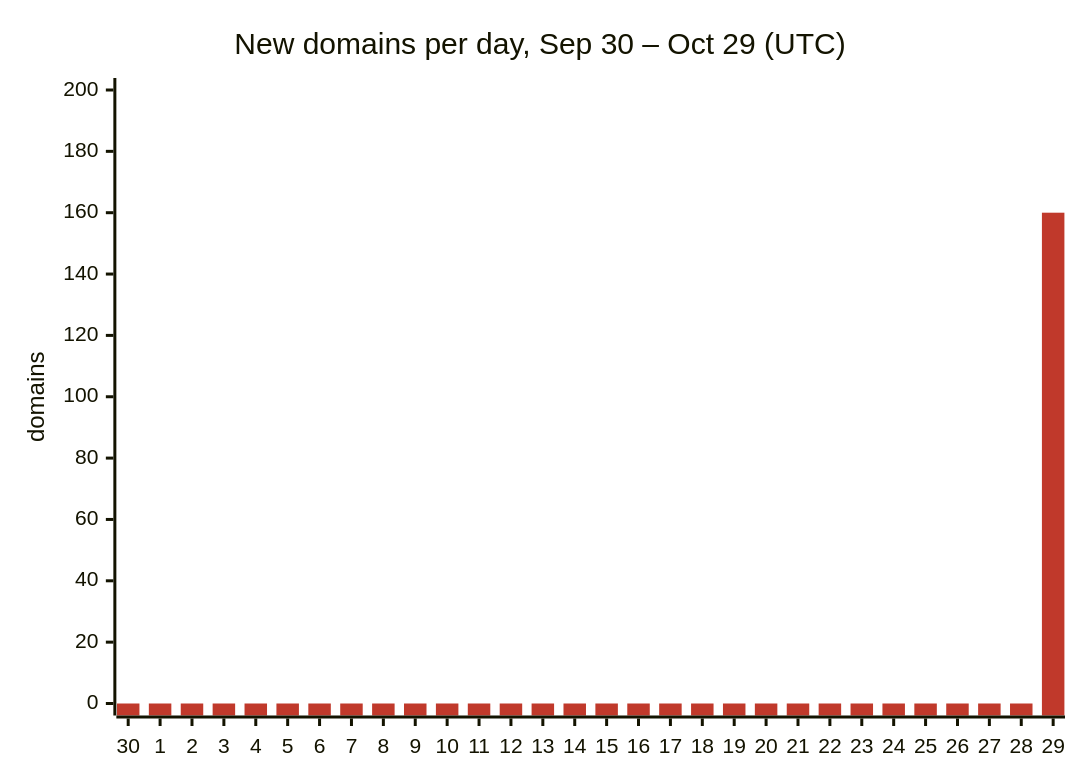
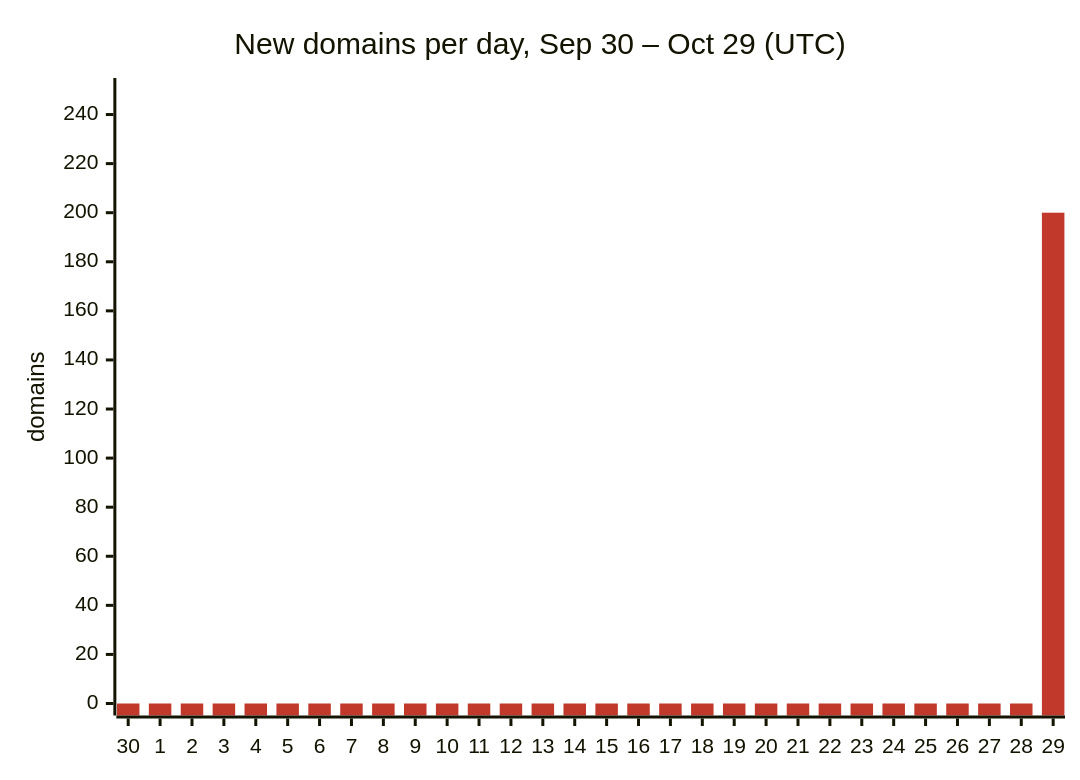
The first of 2 diagrams in README.md (DNSBunker/CTI), drawn with Mermaid before and after one commit. The commit also changed other lines of this file and 3 other files, not shown here.

````diff
--- a/README.md
+++ b/README.md
@@ -29,8 +29,8 @@
 ```mermaid
 %%{init: {"themeVariables": {"xyChart": {"plotColorPalette": "#c0392b"}}}}%%
 xychart-beta
     title "New domains per day, Sep 30 – Oct 29 (UTC)"
     x-axis ["30", "1", "2", "3", "4", "5", "6", "7", "8", "9", "10", "11", "12", "13", "14", "15", "16", "17", "18", "19", "20", "21", "22", "23", "24", "25", "26", "27", "28", "29"]
-    y-axis "domains" 0 --> 200
-    bar [0, 0, 0, 0, 0, 0, 0, 0, 0, 0, 0, 0, 0, 0, 0, 0, 0, 0, 0, 0, 0, 0, 0, 0, 0, 0, 0, 0, 0, 160]
+    y-axis "domains" 0 --> 250
+    bar [0, 0, 0, 0, 0, 0, 0, 0, 0, 0, 0, 0, 0, 0, 0, 0, 0, 0, 0, 0, 0, 0, 0, 0, 0, 0, 0, 0, 0, 200]
 ```
````
